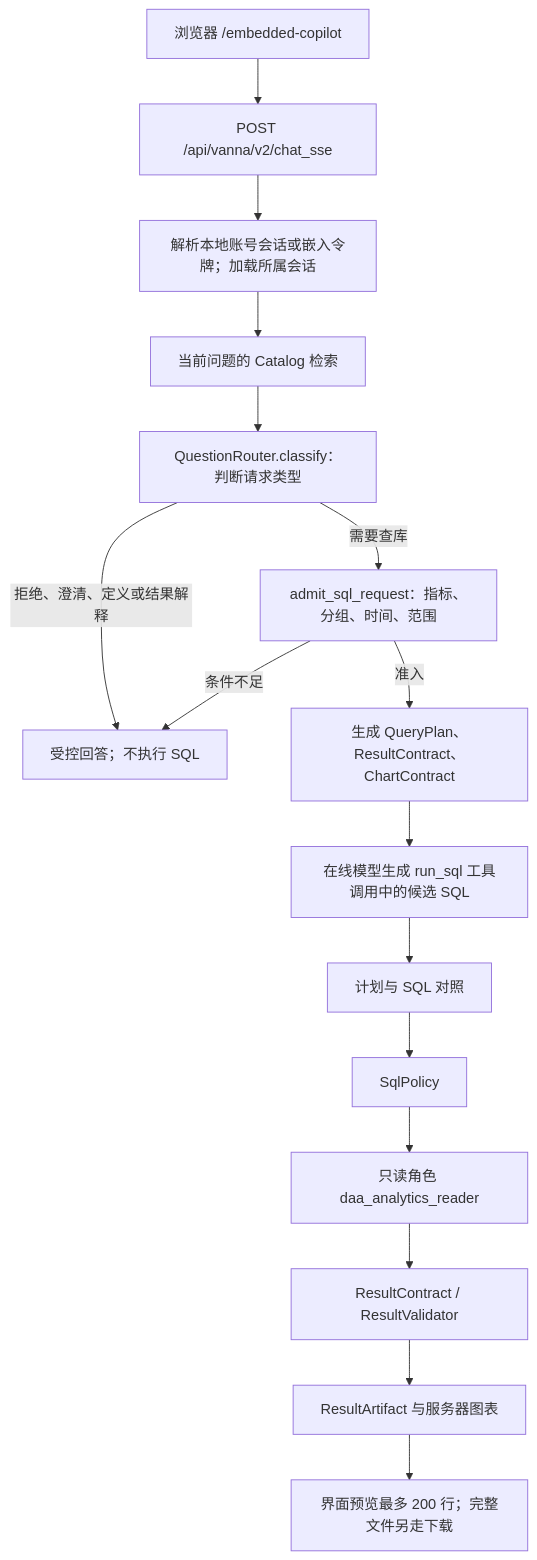
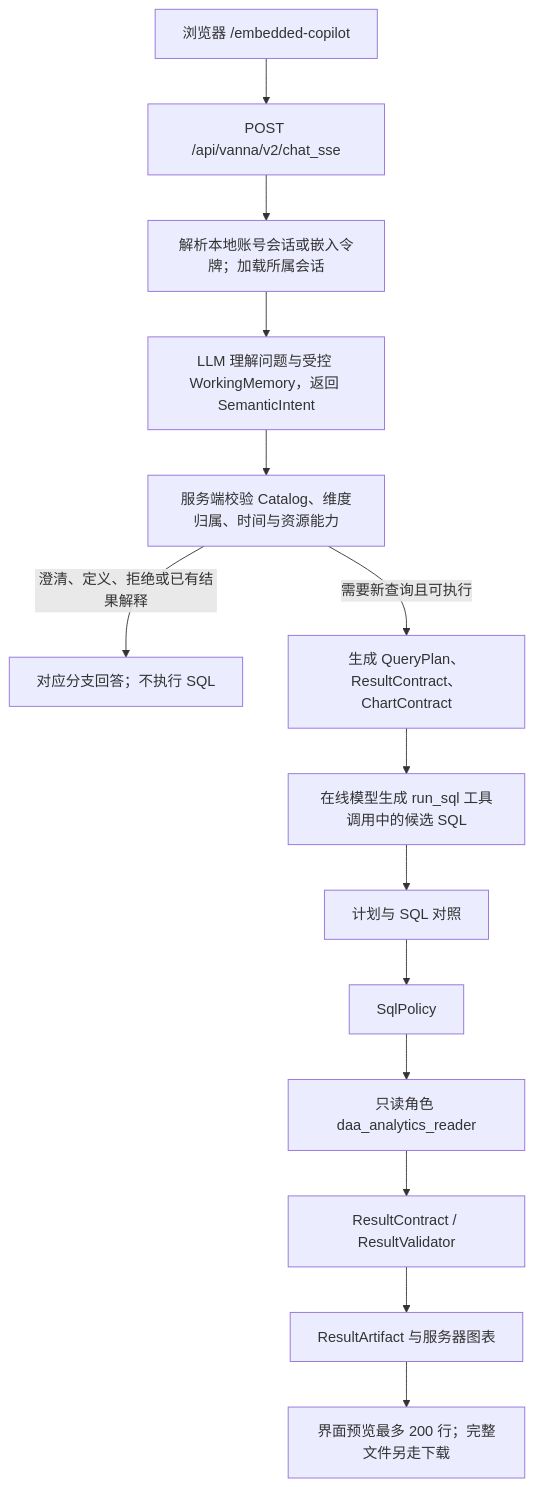
The diagram in docs/architecture/product-request-architecture-v1.md (GengNSCUTer/data-analysis-agent), drawn with Mermaid before and after one commit. The commit also changed other lines of this file and 18 other files, not shown here.

````diff
--- a/docs/architecture/product-request-architecture-v1.md
+++ b/docs/architecture/product-request-architecture-v1.md
@@ -8,18 +8,16 @@
 ```mermaid
 flowchart TD
   page["浏览器 /embedded-copilot"] --> chat["POST /api/vanna/v2/chat_sse"]
   chat --> auth["解析本地账号会话或嵌入令牌；加载所属会话"]
-  auth --> catalog["当前问题的 Catalog 检索"]
-  catalog --> router["QuestionRouter.classify：判断请求类型"]
-  router -->|拒绝、澄清、定义或结果解释| direct["受控回答；不执行 SQL"]
-  router -->|需要查库| admit["admit_sql_request：指标、分组、时间、范围"]
-  admit -->|条件不足| direct
-  admit -->|准入| plan["生成 QueryPlan、ResultContract、ChartContract"]
+  auth --> semantic["LLM 理解问题与受控 WorkingMemory，返回 SemanticIntent"]
+  semantic --> validate["服务端校验 Catalog、维度归属、时间与资源能力"]
+  validate -->|澄清、定义、拒绝或已有结果解释| direct["对应分支回答；不执行 SQL"]
+  validate -->|需要新查询且可执行| plan["生成 QueryPlan、ResultContract、ChartContract"]
   plan --> llm["在线模型生成 run_sql 工具调用中的候选 SQL"]
   llm --> guard["计划与 SQL 对照"]
   guard --> policy["SqlPolicy"]
   policy --> reader["只读角色 daa_analytics_reader"]
   reader --> validator["ResultContract / ResultValidator"]
   validator --> artifact["ResultArtifact 与服务器图表"]
   artifact --> ui["界面预览最多 200 行；完整文件另走下载"]
 ```
````
